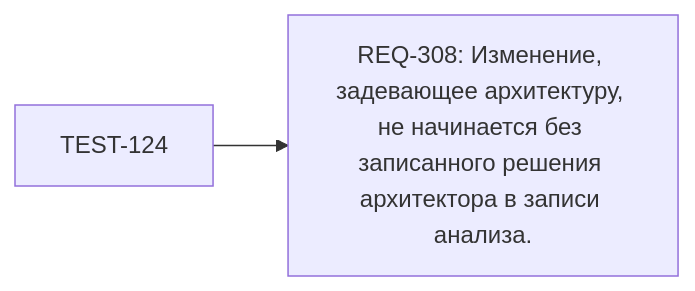
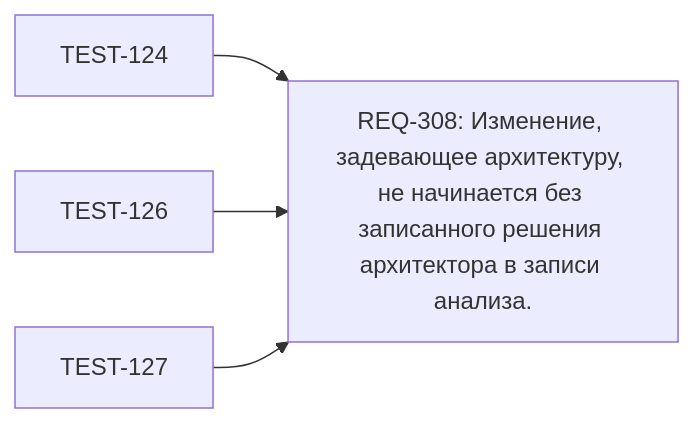
The diagram in state/views/map/REQ-308.mmd (VanUST/dsh-vanust), drawn with Mermaid before and after one commit. The commit also changed 51 other files, not shown here.

Commit message:
One restart: the consultation gate on the architectureImpact flag, the feed's honesty about what it delivers, and the architect who writes its own decision

```diff
--- a/state/views/map/REQ-308.mmd
+++ b/state/views/map/REQ-308.mmd
@@ -1,4 +1,6 @@
 %% GENERATED — DO NOT EDIT. REQ REQ-308
 graph LR
   REQ_308["REQ-308: Изменение, задевающее архитектуру, не начинается без записанного решения архитектора в записи анализа."]
   TEST_124["TEST-124"] --> REQ_308
+  TEST_126["TEST-126"] --> REQ_308
+  TEST_127["TEST-127"] --> REQ_308
```
